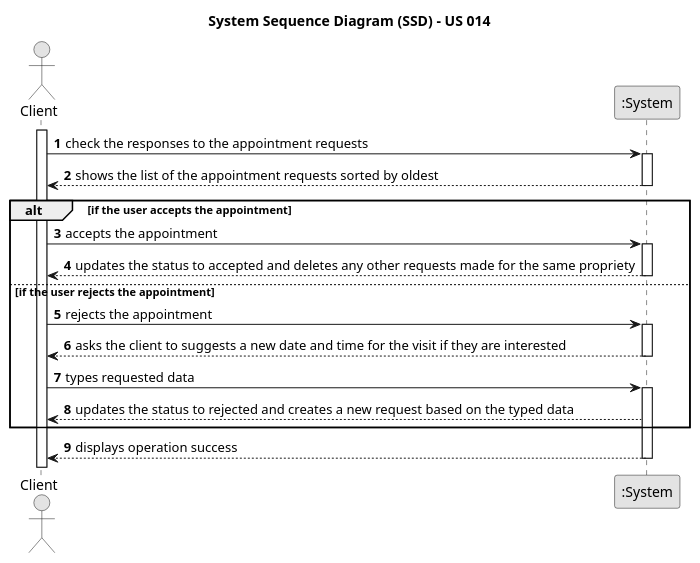
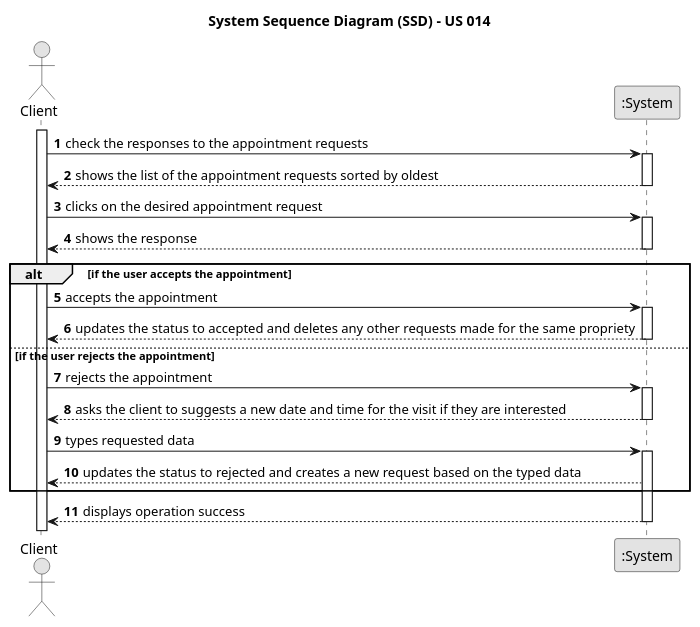
The diagram in docs/sprintC/US014/01.requirements-engineering/puml/SSD_US014.puml (tiagohcorreia/LAPR2), drawn with PlantUML before and after one commit.

Commit message:
SSD_US014.puml

```diff
--- a/docs/sprintC/US014/01.requirements-engineering/puml/SSD_US014.puml
+++ b/docs/sprintC/US014/01.requirements-engineering/puml/SSD_US014.puml
@@ -1,41 +1,45 @@
 @startuml
         skinparam monochrome true
         skinparam packageStyle rectangle
         skinparam shadowing false
 
         title System Sequence Diagram (SSD) - US 014
 
         autonumber
 
         actor "Client" as client
         participant ":System" as system
 
         activate client
 
         client -> system : check the responses to the appointment requests
         activate system
 
         system --> client : shows the list of the appointment requests sorted by oldest
+        deactivate system
+        client -> system : clicks on the desired appointment request
+        activate system
+        system --> client : shows the response
         deactivate system
         alt if the user accepts the appointment
         client -> system : accepts the appointment
         activate system
         system --> client : updates the status to accepted and deletes any other requests made for the same propriety
         deactivate system
         else if the user rejects the appointment
 
         client -> system : rejects the appointment
         activate system
         system --> client : asks the client to suggests a new date and time for the visit if they are interested
         deactivate system
         client -> system : types requested data
         activate system
         system --> client : updates the status to rejected and creates a new request based on the typed data
 
         end alt
 
 
         system --> client : displays operation success
         deactivate system
 
         @enduml
```
